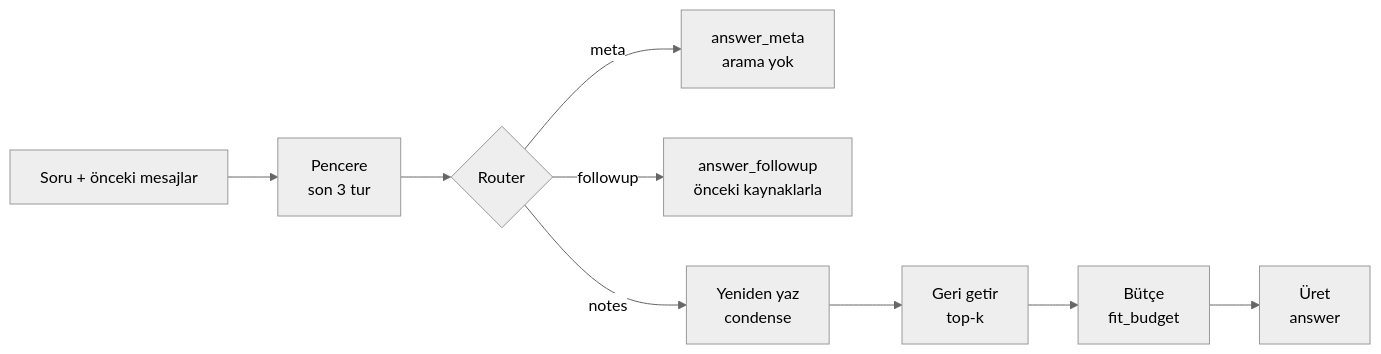
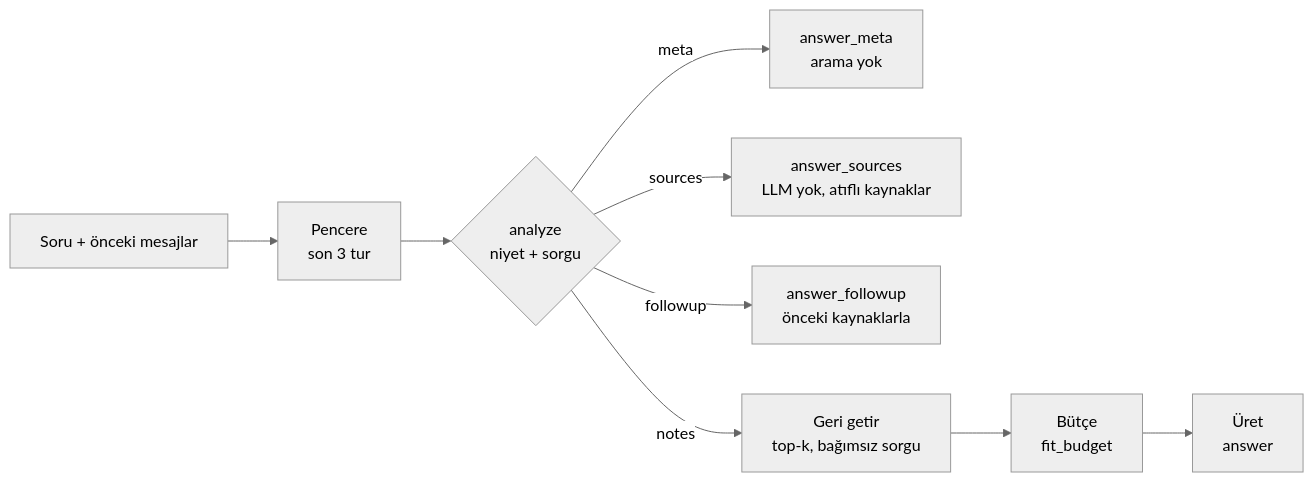
One commit to furkancol10/turkish-notes-rag changed the diagram in README.md. Above: the diagram before and after it, drawn with Mermaid (neutral theme). The commit also changed other lines of this file and 5 other files, not shown here.

````diff
--- a/README.md
+++ b/README.md
@@ -81,11 +81,11 @@
 ```mermaid
 flowchart LR
     Q[Soru + önceki mesajlar] --> W[Pencere<br/>son 3 tur]
-    W --> R{Router}
-    R -- meta --> M[answer_meta<br/>arama yok]
-    R -- followup --> F[answer_followup<br/>önceki kaynaklarla]
-    R -- notes --> C[Yeniden yaz<br/>condense]
-    C --> T[Geri getir<br/>top-k]
+    W --> A{analyze<br/>niyet + sorgu}
+    A -- meta --> M[answer_meta<br/>arama yok]
+    A -- sources --> S[answer_sources<br/>LLM yok, atıflı kaynaklar]
+    A -- followup --> F[answer_followup<br/>önceki kaynaklarla]
+    A -- notes --> T[Geri getir<br/>top-k, bağımsız sorgu]
     T --> B[Bütçe<br/>fit_budget]
     B --> G[Üret<br/>answer]
 ```
````
